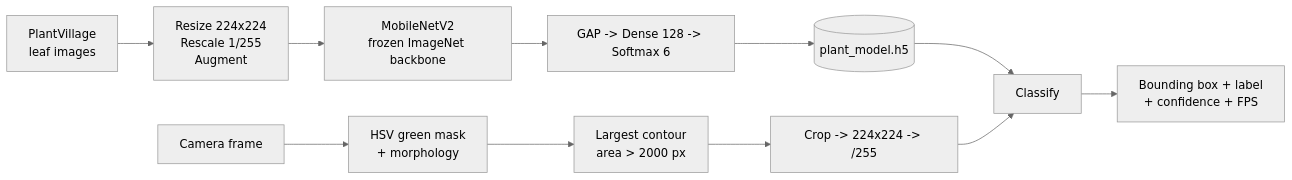
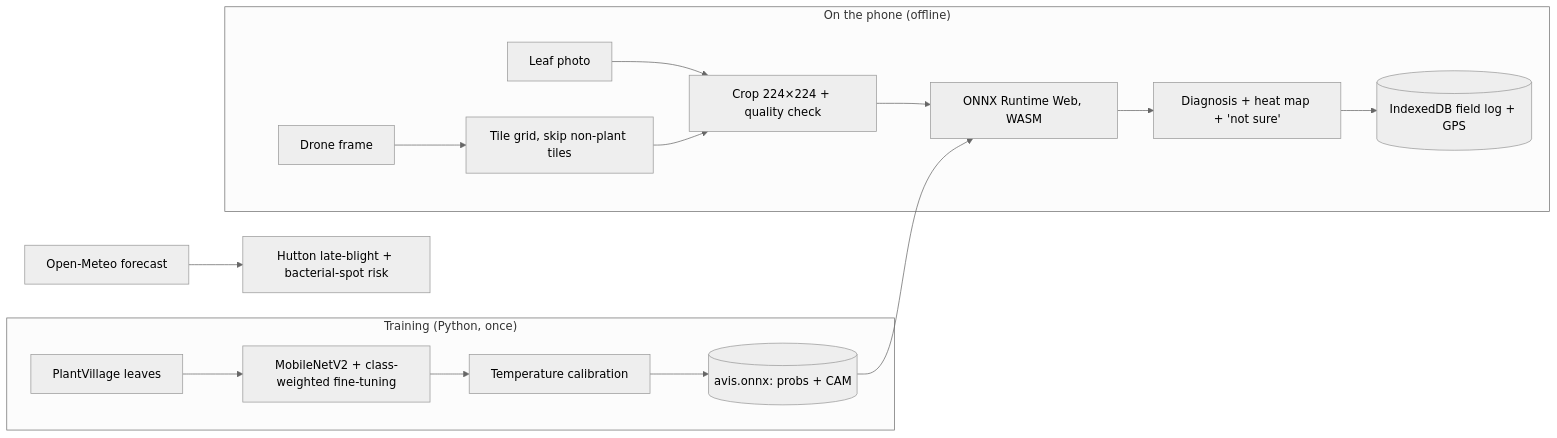
One commit to khushi-agg/crophealth-ai changed the diagram in README.md. Above: the diagram before and after it, drawn with Mermaid (neutral theme). The commit also changed other lines of this file and 10 other files, not shown here.

````diff
--- a/README.md
+++ b/README.md
@@ -59,14 +85,18 @@
 ```mermaid
 flowchart LR
-    A[PlantVillage<br/>leaf images] --> B[Resize 224x224<br/>Rescale 1/255<br/>Augment]
-    B --> C[MobileNetV2<br/>frozen ImageNet backbone]
-    C --> D[GAP -> Dense 128 -> Softmax 6]
-    D --> E[(plant_model.h5)]
-
-    F[Camera frame] --> G[HSV green mask<br/>+ morphology]
-    G --> H[Largest contour<br/>area > 2000 px]
-    H --> I[Crop -> 224x224 -> /255]
-    E --> J
-    I --> J[Classify]
-    J --> K[Bounding box + label<br/>+ confidence + FPS]
+  subgraph Train["Training (Python, once)"]
+    A[PlantVillage leaves] --> B[MobileNetV2 + class-weighted fine-tuning]
+    B --> C[Temperature calibration]
+    C --> D[(avis.onnx: probs + CAM)]
+  end
+  subgraph Phone["On the phone (offline)"]
+    E[Leaf photo] --> G[Crop 224×224 + quality check]
+    F[Drone frame] --> H[Tile grid, skip non-plant tiles]
+    H --> G
+    G --> I[ONNX Runtime Web, WASM]
+    D --> I
+    I --> J[Diagnosis + heat map + 'not sure']
+    J --> K[(IndexedDB field log + GPS)]
+  end
+  W[Open-Meteo forecast] --> R[Hutton late-blight + bacterial-spot risk]
 ```
````
